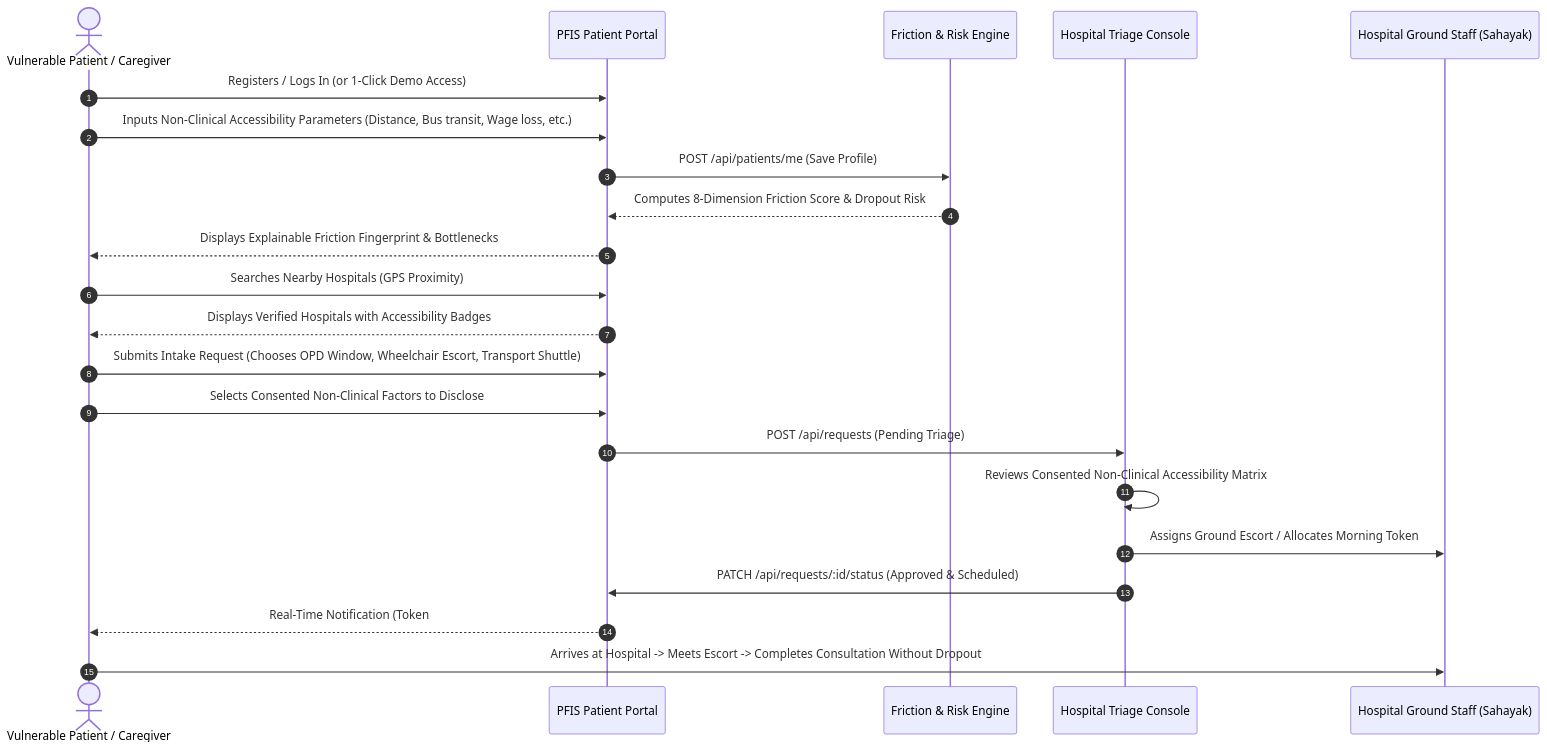
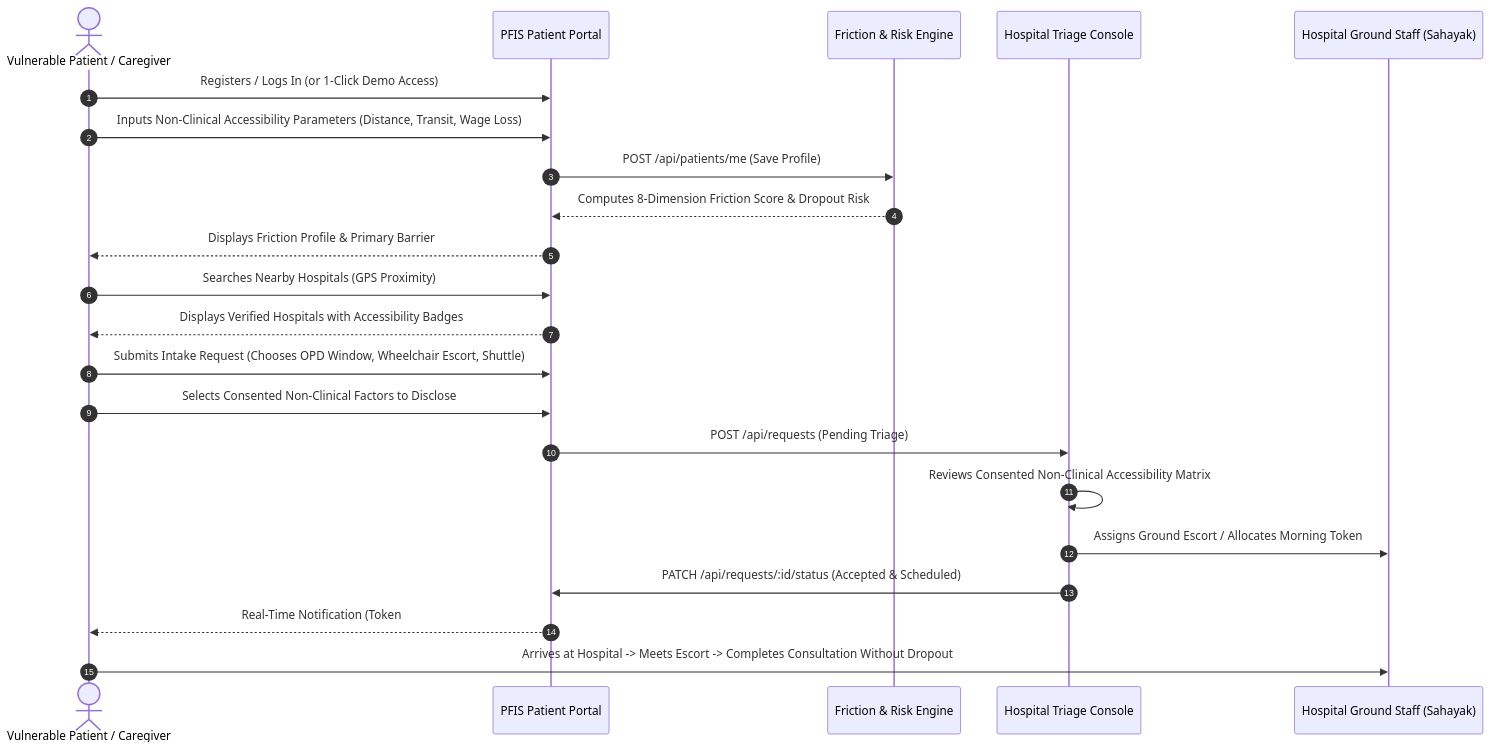
The first of 7 diagrams in WORKFLOW.md (satyamhq/pfis), drawn with Mermaid before and after one commit. The commit also changed other lines of this file and 7 other files, not shown here.

````diff
--- a/WORKFLOW.md
+++ b/WORKFLOW.md
@@ -9,29 +9,29 @@
 ```mermaid
 sequenceDiagram
     autonumber
     actor Patient as Vulnerable Patient / Caregiver
     participant Portal as PFIS Patient Portal
     participant Engine as Friction & Risk Engine
     participant Hospital as Hospital Triage Console
     participant Staff as Hospital Ground Staff (Sahayak)
 
     Patient->>Portal: Registers / Logs In (or 1-Click Demo Access)
-    Patient->>Portal: Inputs Non-Clinical Accessibility Parameters (Distance, Bus transit, Wage loss, etc.)
+    Patient->>Portal: Inputs Non-Clinical Accessibility Parameters (Distance, Transit, Wage Loss)
     Portal->>Engine: POST /api/patients/me (Save Profile)
     Engine-->>Portal: Computes 8-Dimension Friction Score & Dropout Risk
-    Portal-->>Patient: Displays Explainable Friction Fingerprint & Bottlenecks
+    Portal-->>Patient: Displays Friction Profile & Primary Barrier
     
     Patient->>Portal: Searches Nearby Hospitals (GPS Proximity)
     Portal-->>Patient: Displays Verified Hospitals with Accessibility Badges
     
-    Patient->>Portal: Submits Intake Request (Chooses OPD Window, Wheelchair Escort, Transport Shuttle)
+    Patient->>Portal: Submits Intake Request (Chooses OPD Window, Wheelchair Escort, Shuttle)
     Patient->>Portal: Selects Consented Non-Clinical Factors to Disclose
     Portal->>Hospital: POST /api/requests (Pending Triage)
     
     Hospital->>Hospital: Reviews Consented Non-Clinical Accessibility Matrix
     Hospital->>Staff: Assigns Ground Escort / Allocates Morning Token
-    Hospital->>Portal: PATCH /api/requests/:id/status (Approved & Scheduled)
+    Hospital->>Portal: PATCH /api/requests/:id/status (Accepted & Scheduled)
     
     Portal-->>Patient: Real-Time Notification (Token # & Escort Assigned)
     Patient->>Staff: Arrives at Hospital -> Meets Escort -> Completes Consultation Without Dropout
 ```
````
